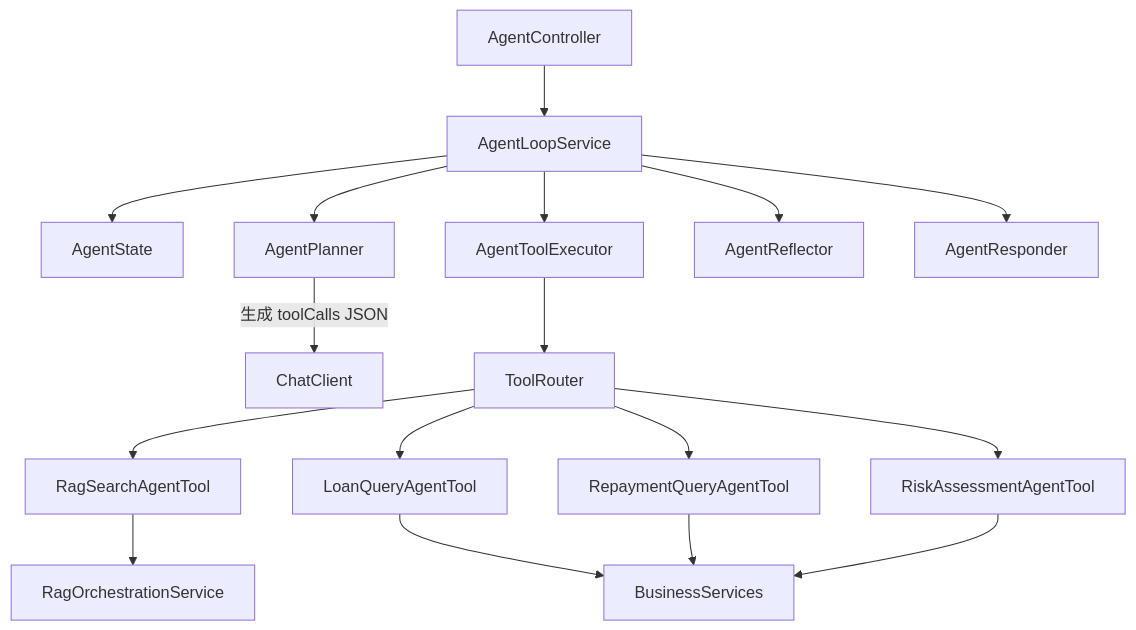
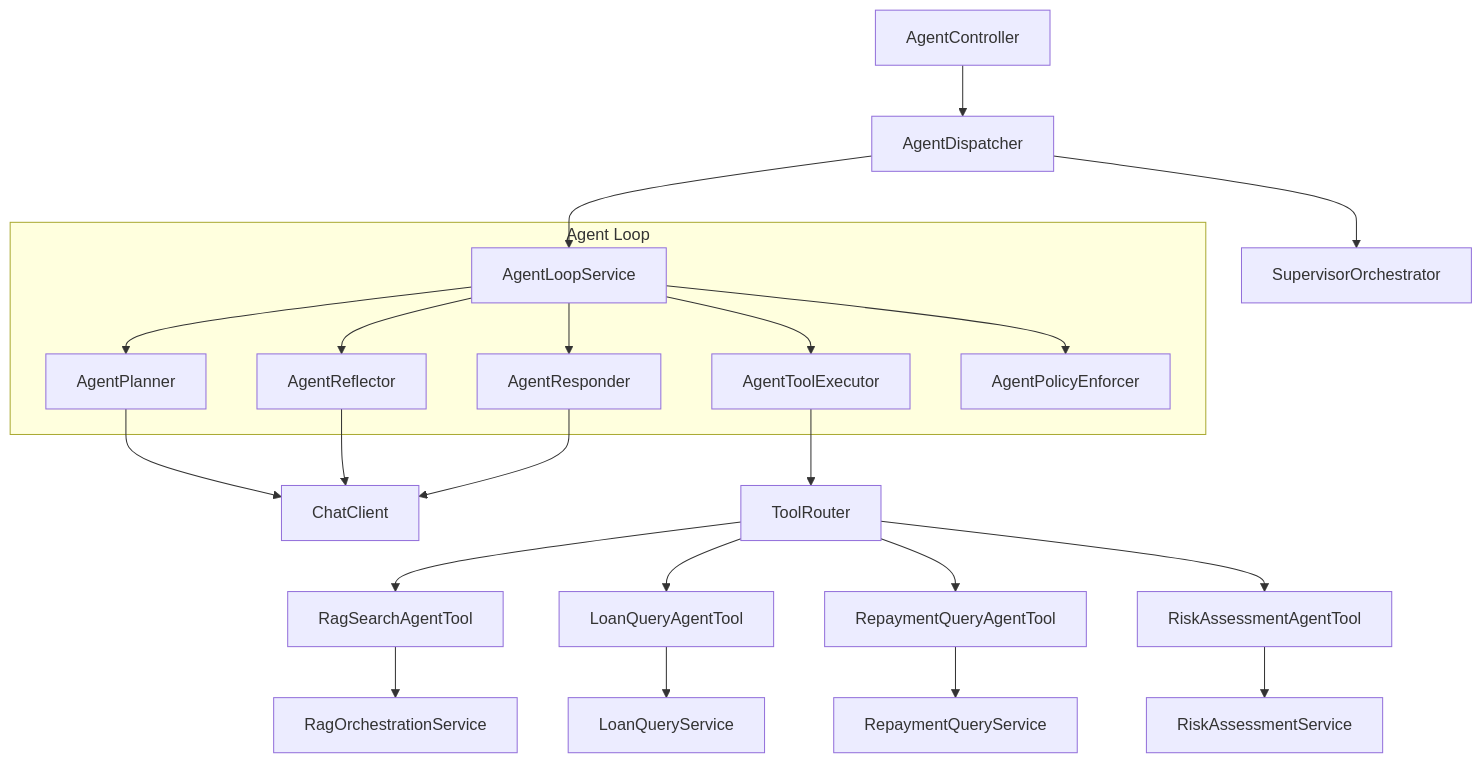
Before and after one commit to 839891627/aidevelop: the seventh of 10 diagrams in docs/architecture.md, drawn with Mermaid. The commit also changed other lines of this file and 35 other files, not shown here.

````diff
--- a/docs/architecture.md
+++ b/docs/architecture.md
@@ -199,21 +269,29 @@
 ```mermaid
 flowchart TB
-  AgentController --> AgentLoopService
-  AgentLoopService --> AgentState
-  AgentLoopService --> AgentPlanner
-  AgentLoopService --> AgentToolExecutor
-  AgentLoopService --> AgentReflector
-  AgentLoopService --> AgentResponder
+  AgentController --> AgentDispatcher
+  AgentDispatcher --> AgentLoopService
+  AgentDispatcher --> SupervisorOrchestrator
 
-  AgentPlanner -->|"生成 toolCalls JSON"| ChatClient
+  subgraph loop [Agent Loop]
+    AgentLoopService --> AgentPlanner
+    AgentLoopService --> AgentToolExecutor
+    AgentLoopService --> AgentReflector
+    AgentLoopService --> AgentResponder
+    AgentLoopService --> AgentPolicyEnforcer
+  end
+
+  AgentPlanner --> ChatClient
+  AgentReflector --> ChatClient
+  AgentResponder --> ChatClient
+
   AgentToolExecutor --> ToolRouter
   ToolRouter --> RagSearchAgentTool
   ToolRouter --> LoanQueryAgentTool
   ToolRouter --> RepaymentQueryAgentTool
   ToolRouter --> RiskAssessmentAgentTool
 
   RagSearchAgentTool --> RagOrchestrationService
-  LoanQueryAgentTool --> BusinessServices
-  RepaymentQueryAgentTool --> BusinessServices
-  RiskAssessmentAgentTool --> BusinessServices
+  LoanQueryAgentTool --> LoanQueryService
+  RepaymentQueryAgentTool --> RepaymentQueryService
+  RiskAssessmentAgentTool --> RiskAssessmentService
 ```
````
